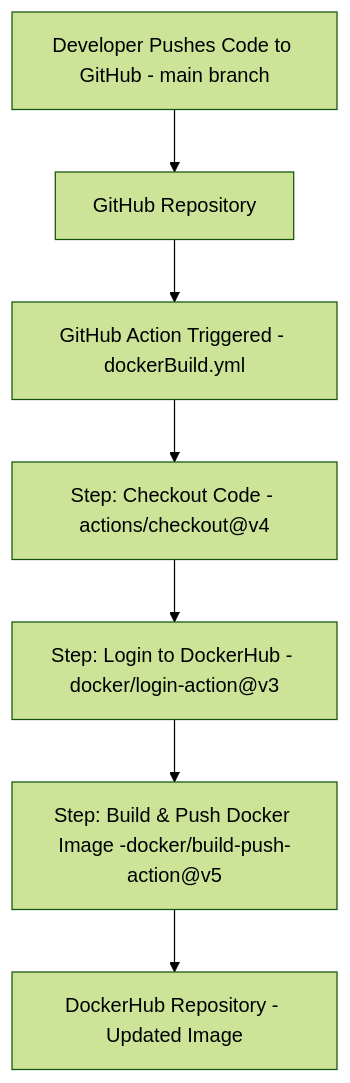
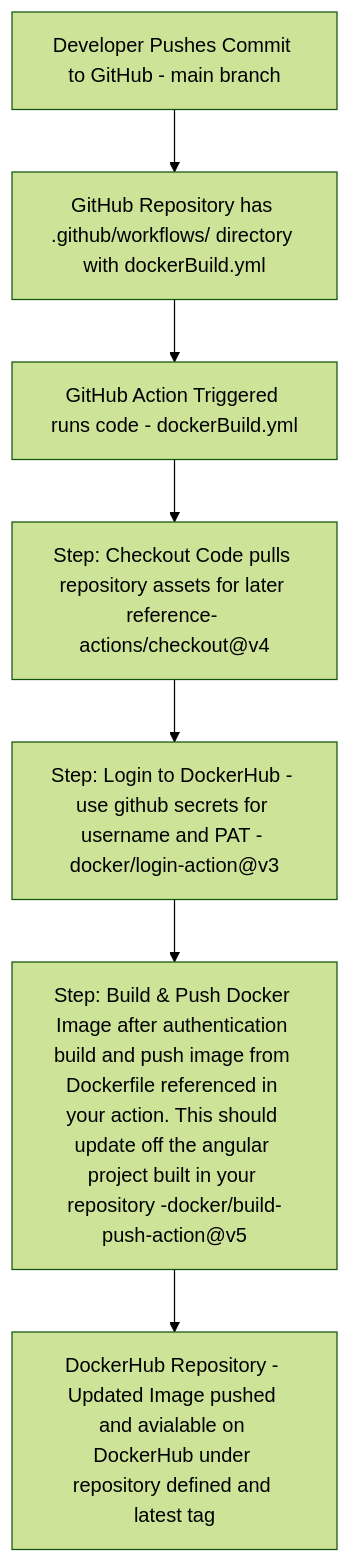
One commit to WSU-kduncan/ceg3120-cicd-dcronauer changed the diagram in Project4/README-CI.md. Above: the diagram before and after it, drawn with Mermaid (forest theme).

Commit message:
updated diagram

````diff
--- a/Project4/README-CI.md
+++ b/Project4/README-CI.md
@@ -28,17 +28,17 @@
 ```mermaid
 flowchart TD
-    Dev[Developer Pushes Code to GitHub - main branch]
-    GitHub[GitHub Repository]
-    Workflow[GitHub Action Triggered - dockerBuild.yml]
-    Checkout[Step: Checkout Code - actions/checkout@v4]
-    DockerLogin[Step: Login to DockerHub - docker/login-action@v3]
-    BuildPush[Step: Build & Push Docker Image -docker/build-push-action@v5]
-    DockerHub[DockerHub Repository - Updated Image]
+    Dev[Developer Pushes Commit to GitHub - main branch]
+    GitHub[GitHub Repository has .github/workflows/ directory with dockerBuild.yml]
+    Workflow[GitHub Action Triggered runs code - dockerBuild.yml]
+    Checkout[Step: Checkout Code pulls repository assets for later reference- actions/checkout@v4]
+    DockerLogin[Step: Login to DockerHub - use github secrets for username and PAT - docker/login-action@v3]
+    BuildPush[Step: Build & Push Docker Image after authentication build and push image from Dockerfile referenced in your action. This should update off the angular project built in your repository -docker/build-push-action@v5]
+    DockerHub[DockerHub Repository - Updated Image pushed and avialable on DockerHub under repository defined and latest tag]
 
     Dev --> GitHub
     GitHub --> Workflow
     Workflow --> Checkout
     Checkout --> DockerLogin
     DockerLogin --> BuildPush
     BuildPush --> DockerHub
 ```
````
